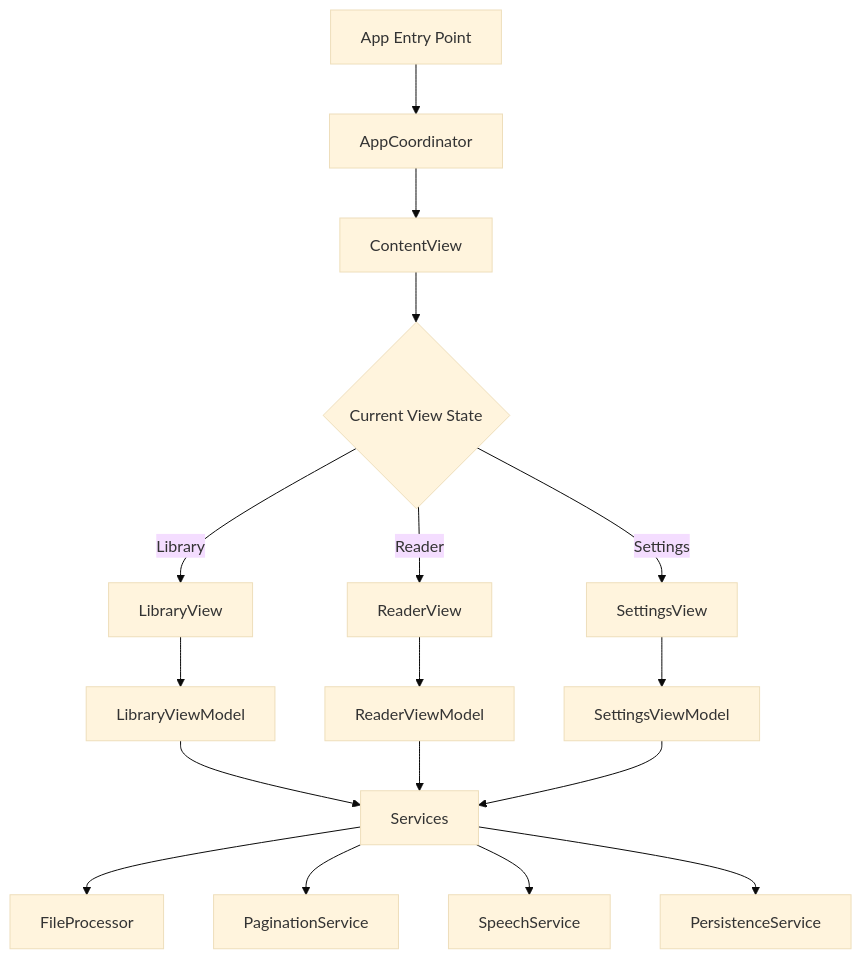
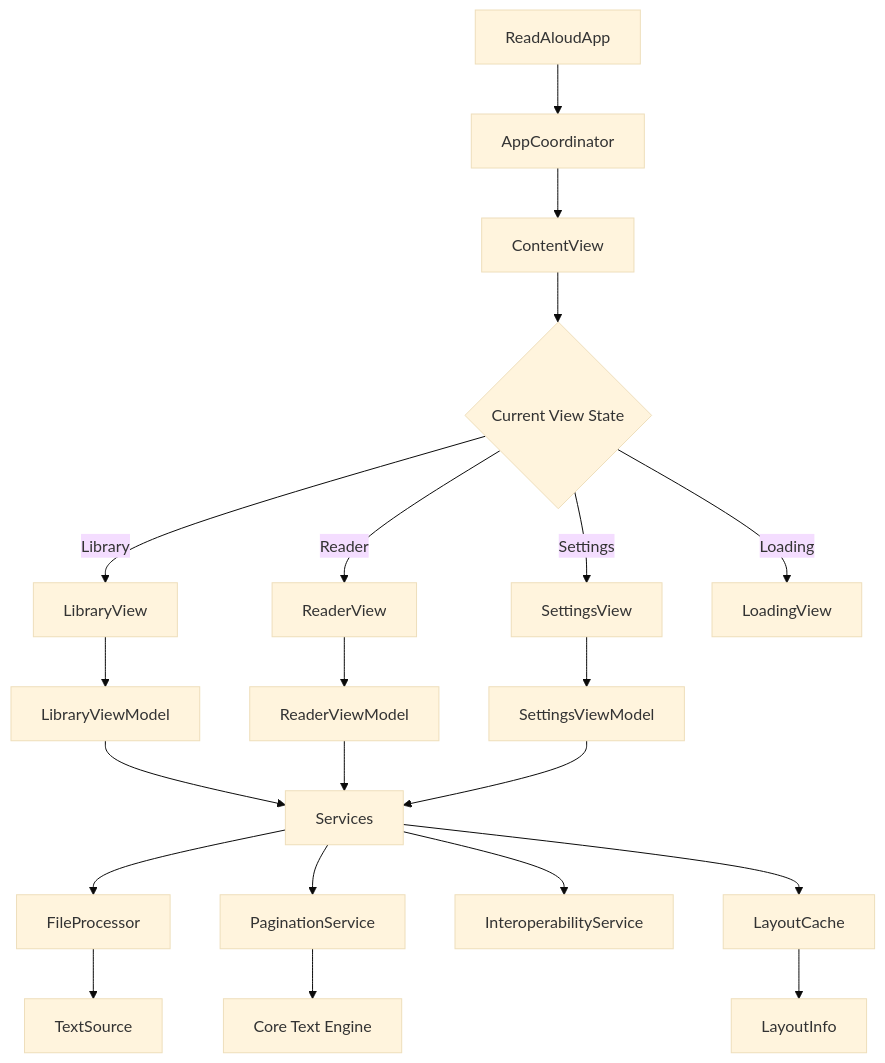
The first of 3 diagrams in docs/developer_guide.md (tutu-meng/read-aloud-v2), drawn with Mermaid (base theme) before and after one commit. The commit also changed other lines of this file and 11 other files, not shown here.

````diff
--- a/docs/developer_guide.md
+++ b/docs/developer_guide.md
@@ -15,23 +17,28 @@
 ```mermaid
 graph TD
-    A[App Entry Point] --> B[AppCoordinator]
+    A[ReadAloudApp] --> B[AppCoordinator]
     B --> C[ContentView]
     C --> D{Current View State}
     
     D -->|Library| E[LibraryView]
     D -->|Reader| F[ReaderView]
     D -->|Settings| G[SettingsView]
+    D -->|Loading| H[LoadingView]
     
-    E --> H[LibraryViewModel]
-    F --> I[ReaderViewModel]
-    G --> J[SettingsViewModel]
+    E --> I[LibraryViewModel]
+    F --> J[ReaderViewModel]
+    G --> K[SettingsViewModel]
     
-    H --> K[Services]
-    I --> K
-    J --> K
+    I --> L[Services]
+    J --> L
+    K --> L
     
-    K --> L[FileProcessor]
-    K --> M[PaginationService]
-    K --> N[SpeechService]
-    K --> O[PersistenceService]
+    L --> M[FileProcessor]
+    L --> N[PaginationService]
+    L --> O[InteroperabilityService]
+    L --> P[LayoutCache]
+    
+    M --> Q[TextSource]
+    N --> R[Core Text Engine]
+    P --> S[LayoutInfo]
 ```
````
